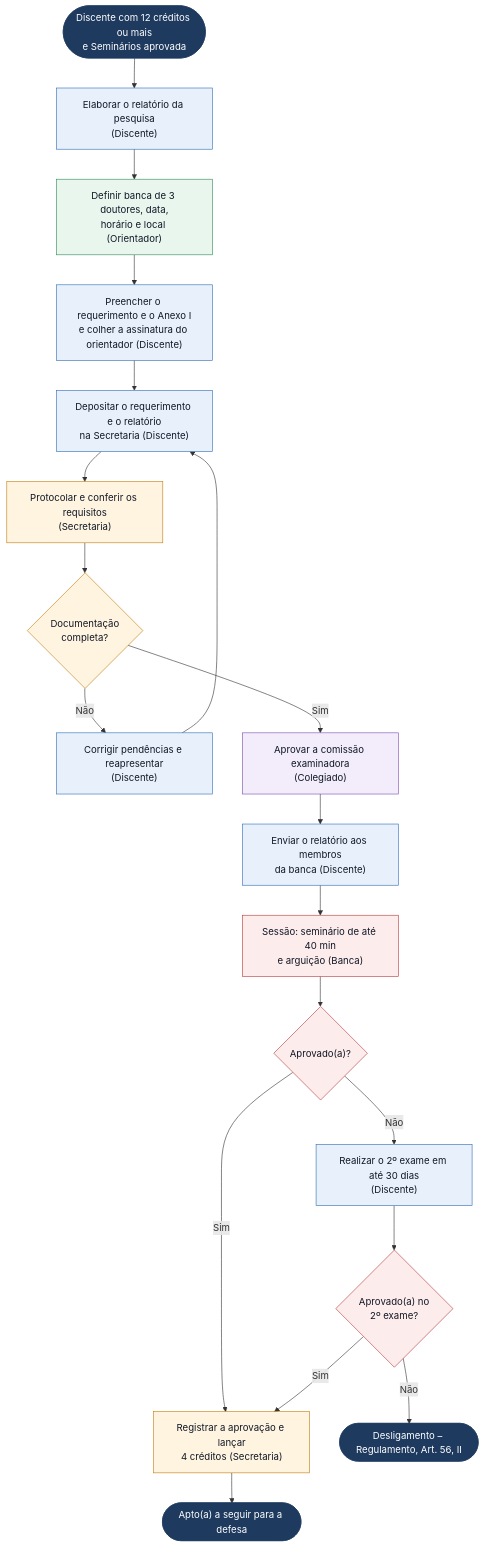
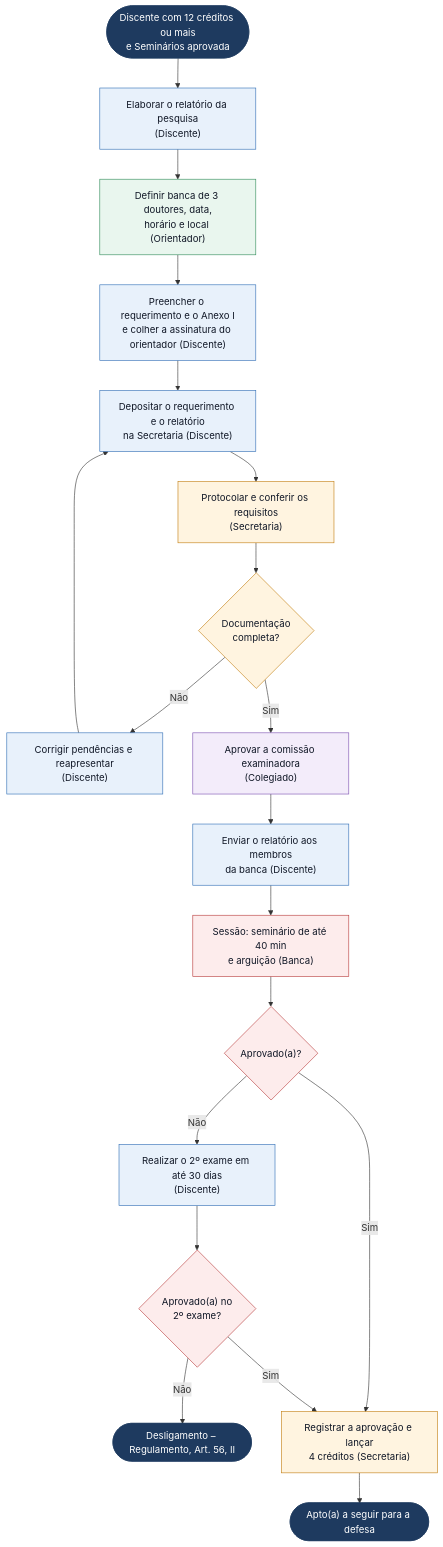
The diagram in processos/03-agendamento-qualificacao.md (Benfluc/ppgmcs-processos), drawn with Mermaid before and after one commit. The commit also changed 16 other files, not shown here.

First line of the commit message:
Fluxogramas em sintaxe Mermaid mais compatível (nós, ligações e classes separados)

````diff
--- a/processos/03-agendamento-qualificacao.md
+++ b/processos/03-agendamento-qualificacao.md
@@ -48,30 +48,55 @@
 ```mermaid
 flowchart TD
-    i(["Discente com 12 créditos ou mais<br/>e Seminários aprovada"]):::terminal --> e1
-    e1["Elaborar o relatório da pesquisa<br/>(Discente)"]:::discente --> e2
-    e2["Definir banca de 3 doutores, data,<br/>horário e local (Orientador)"]:::orientador --> e3
-    e3["Preencher o requerimento e o Anexo I<br/>e colher a assinatura do orientador (Discente)"]:::discente --> e4
-    e4["Depositar o requerimento e o relatório<br/>na Secretaria (Discente)"]:::discente --> e5
-    e5["Protocolar e conferir os requisitos<br/>(Secretaria)"]:::secretaria --> d1
-    d1{"Documentação<br/>completa?"}:::secretaria
-    d1 -->|Não| e5b["Corrigir pendências e reapresentar<br/>(Discente)"]:::discente
+    %% Etapas (texto da caixa e responsável)
+    inicio(["Discente com 12 créditos ou mais<br/>e Seminários aprovada"])
+    e1["Elaborar o relatório da pesquisa<br/>(Discente)"]
+    e2["Definir banca de 3 doutores, data,<br/>horário e local (Orientador)"]
+    e3["Preencher o requerimento e o Anexo I<br/>e colher a assinatura do orientador (Discente)"]
+    e4["Depositar o requerimento e o relatório<br/>na Secretaria (Discente)"]
+    e5["Protocolar e conferir os requisitos<br/>(Secretaria)"]
+    d1{"Documentação<br/>completa?"}
+    e5b["Corrigir pendências e reapresentar<br/>(Discente)"]
+    e6["Aprovar a comissão examinadora<br/>(Colegiado)"]
+    e7["Enviar o relatório aos membros<br/>da banca (Discente)"]
+    e8["Sessão: seminário de até 40 min<br/>e arguição (Banca)"]
+    d2{"Aprovado(a)?"}
+    e10["Realizar o 2º exame em até 30 dias<br/>(Discente)"]
+    d3{"Aprovado(a) no<br/>2º exame?"}
+    f2(["Desligamento – Regulamento, Art. 56, II"])
+    e9["Registrar a aprovação e lançar<br/>4 créditos (Secretaria)"]
+    f1(["Apto(a) a seguir para a defesa"])
+
+    %% Ligações entre as etapas
+    inicio --> e1
+    e1 --> e2
+    e2 --> e3
+    e3 --> e4
+    e4 --> e5
+    e5 --> d1
+    d1 -->|Não| e5b
     e5b --> e4
     d1 -->|Sim| e6
-    e6["Aprovar a comissão examinadora<br/>(Colegiado)"]:::colegiado --> e7
-    e7["Enviar o relatório aos membros<br/>da banca (Discente)"]:::discente --> e8
-    e8["Sessão: seminário de até 40 min<br/>e arguição (Banca)"]:::banca --> d2
-    d2{"Aprovado(a)?"}:::banca
+    e6 --> e7
+    e7 --> e8
+    e8 --> d2
     d2 -->|Sim| e9
-    d2 -->|Não| e10["Realizar o 2º exame em até 30 dias<br/>(Discente)"]:::discente
-    e10 --> d3{"Aprovado(a) no<br/>2º exame?"}:::banca
+    d2 -->|Não| e10
+    e10 --> d3
     d3 -->|Sim| e9
-    d3 -->|Não| f2(["Desligamento – Regulamento, Art. 56, II"]):::terminal
-    e9["Registrar a aprovação e lançar<br/>4 créditos (Secretaria)"]:::secretaria --> f1(["Apto(a) a seguir para a defesa"]):::terminal
+    d3 -->|Não| f2
+    e9 --> f1
 
+    %% Cores por responsável
     classDef discente fill:#E8F1FB,stroke:#2F6DB5,color:#111827
     classDef orientador fill:#E9F6EE,stroke:#2E8B57,color:#111827
     classDef secretaria fill:#FFF4E0,stroke:#C27C0E,color:#111827
     classDef colegiado fill:#F3ECFA,stroke:#7B4FB0,color:#111827
     classDef banca fill:#FDECEC,stroke:#B83A3A,color:#111827
     classDef terminal fill:#1E3A5F,stroke:#1E3A5F,color:#FFFFFF
+    class inicio,f2,f1 terminal
+    class e1,e3,e4,e5b,e7,e10 discente
+    class e2 orientador
+    class e5,d1,e9 secretaria
+    class e6 colegiado
+    class e8,d2,d3 banca
 ```
````
